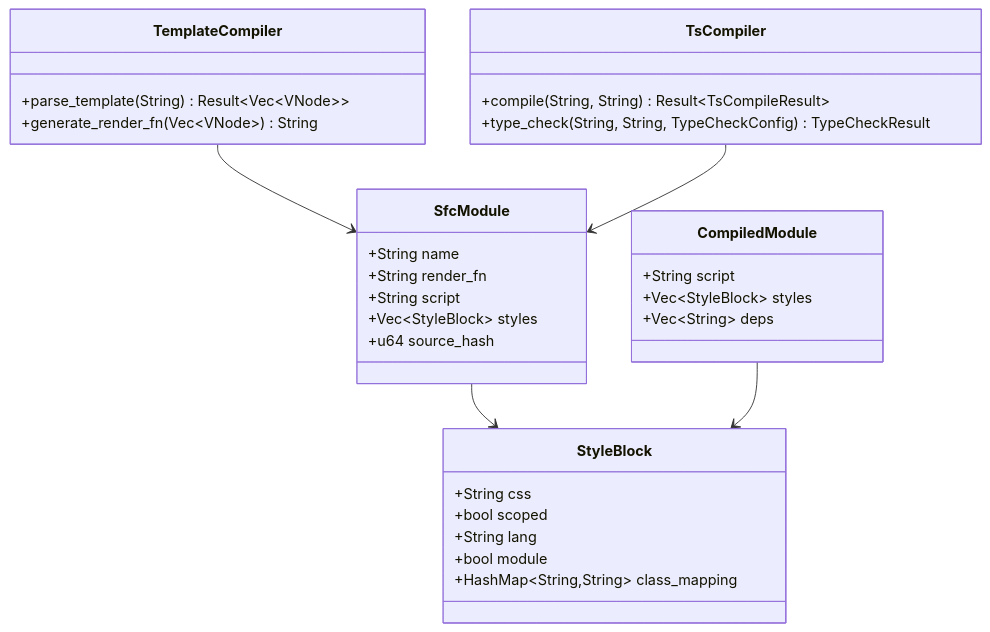
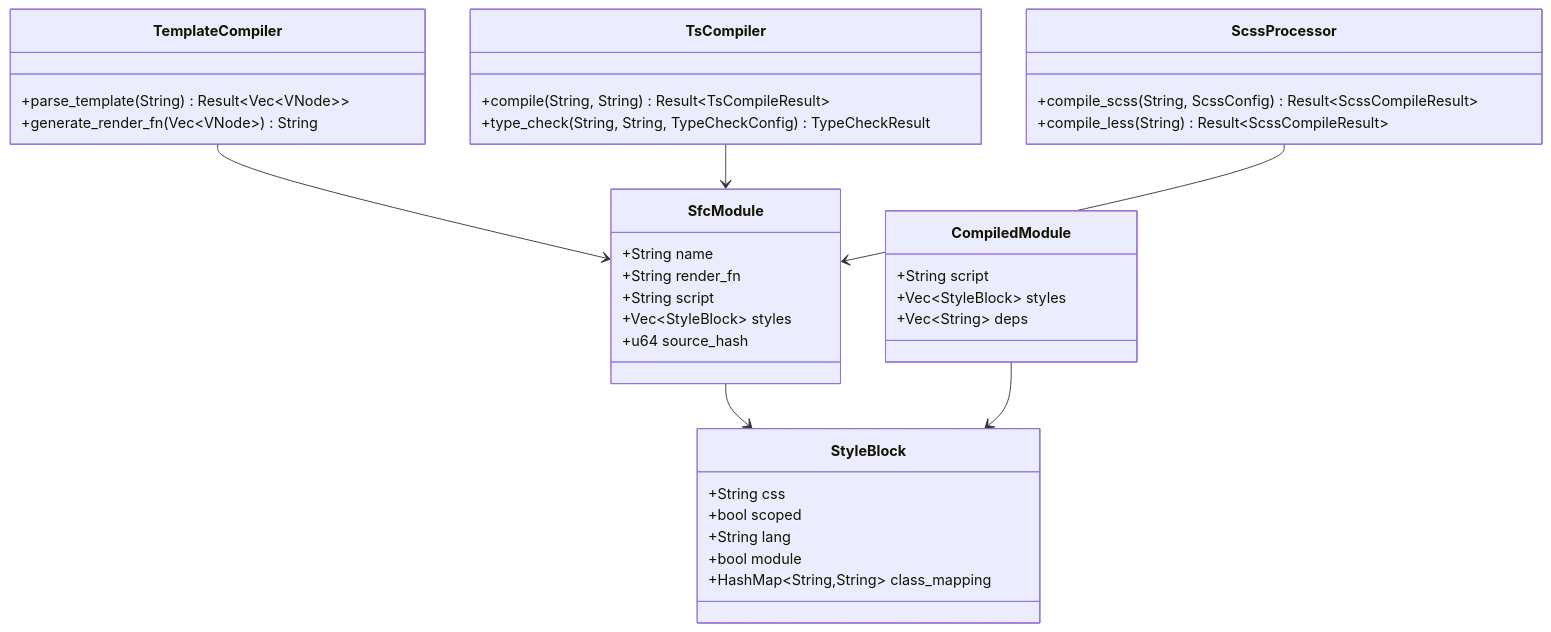
One commit to itszzl-sudo/iris changed the third of 10 diagrams in .qoder/repowiki/zh/content/技术架构详解/JS沙箱运行时/Iris-JetCrab引擎/Vue项目编译器.md. Above: the diagram before and after it, drawn with Mermaid. The commit also changed other lines of this file and 23 other files, not shown here.

````diff
--- a/.qoder/repowiki/zh/content/技术架构详解/JS沙箱运行时/Iris-JetCrab引擎/Vue项目编译器.md
+++ b/.qoder/repowiki/zh/content/技术架构详解/JS沙箱运行时/Iris-JetCrab引擎/Vue项目编译器.md
@@ -137,34 +155,39 @@
 ```mermaid
 classDiagram
 class SfcModule {
 +String name
 +String render_fn
 +String script
 +Vec~StyleBlock~ styles
 +u64 source_hash
 }
 class StyleBlock {
 +String css
 +bool scoped
 +String lang
 +bool module
 +HashMap~String,String~ class_mapping
 }
 class CompiledModule {
 +String script
 +Vec~StyleBlock~ styles
 +Vec~String~ deps
 }
 class TemplateCompiler {
 +parse_template(String) Result~Vec~VNode~~
 +generate_render_fn(Vec~VNode~) String
 }
 class TsCompiler {
 +compile(String, String) Result~TsCompileResult~
 +type_check(String, String, TypeCheckConfig) TypeCheckResult
 }
+class ScssProcessor {
++compile_scss(String, ScssConfig) Result~ScssCompileResult~
++compile_less(String) Result~ScssCompileResult~
+}
 SfcModule --> StyleBlock
 CompiledModule --> StyleBlock
 TemplateCompiler --> SfcModule
 TsCompiler --> SfcModule
+ScssProcessor --> SfcModule
 ```
````
